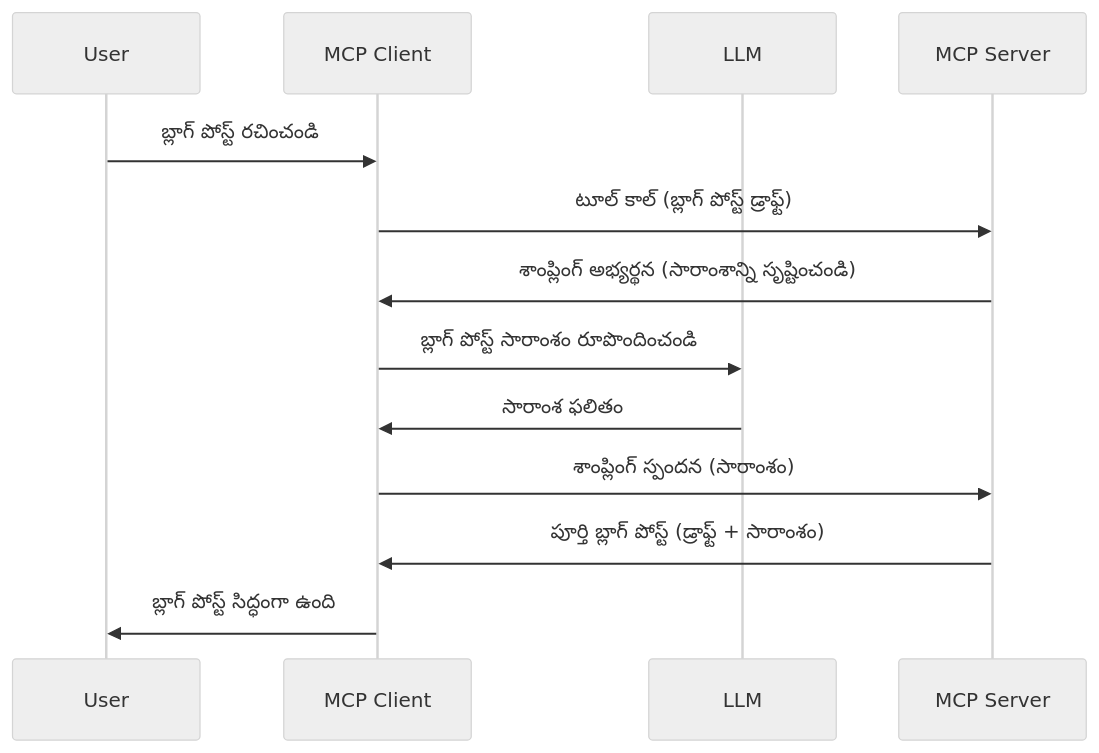
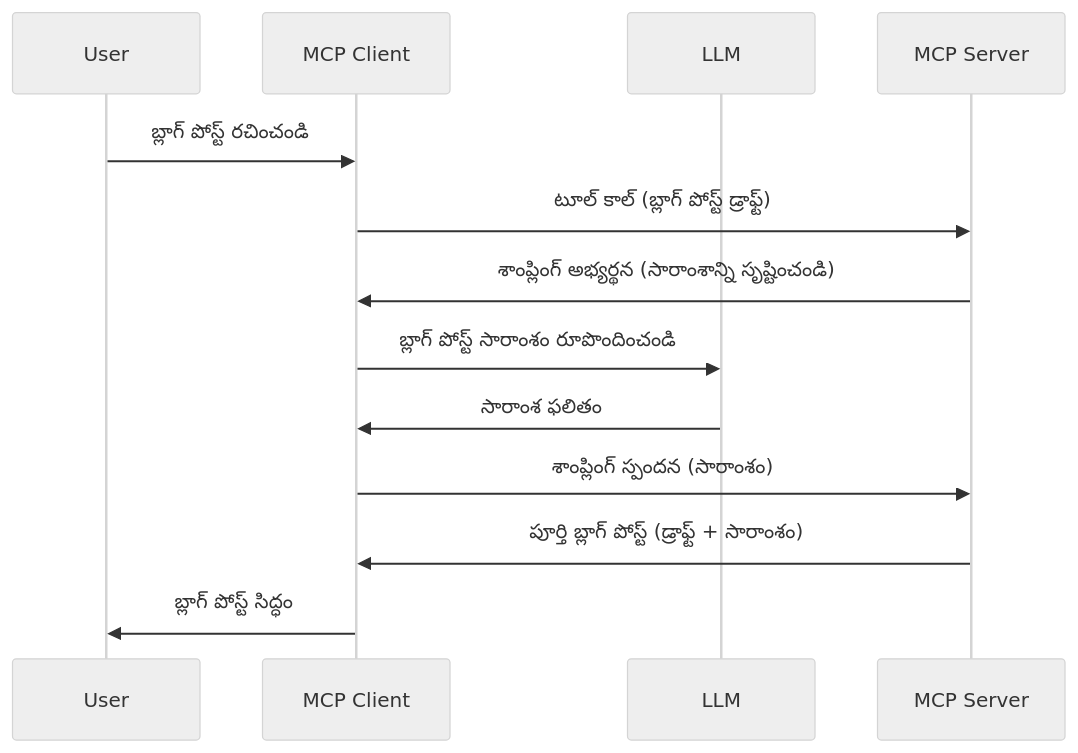
One commit to HIDORAKAI002/ai-workspace-archive changed the diagram in mcp_ecosystem__model_context_protocol/mcp_learning_resources/mcp-for-beginners/translations/te/03-GettingStarted/14-sampling/README.md. Above: the diagram before and after it, drawn with Mermaid (neutral theme). The commit also changed other lines of this file and 1160 other files, not shown here.

````diff
--- a/mcp_ecosystem__model_context_protocol/mcp_learning_resources/mcp-for-beginners/translations/te/03-GettingStarted/14-sampling/README.md
+++ b/mcp_ecosystem__model_context_protocol/mcp_learning_resources/mcp-for-beginners/translations/te/03-GettingStarted/14-sampling/README.md
@@ -23,16 +23,16 @@
 ```mermaid
 sequenceDiagram
     participant User
     participant MCP Client
     participant LLM
     participant MCP Server
 
     User->>MCP Client: బ్లాగ్ పోస్ట్ రచించండి
     MCP Client->>MCP Server: టూల్ కాల్ (బ్లాగ్ పోస్ట్ డ్రాఫ్ట్)
     MCP Server->>MCP Client: శాంప్లింగ్ అభ్యర్థన (సారాంశాన్ని సృష్టించండి)
     MCP Client->>LLM: బ్లాగ్ పోస్ట్ సారాంశం రూపొందించండి
     LLM->>MCP Client: సారాంశ ఫలితం
     MCP Client->>MCP Server: శాంప్లింగ్ స్పందన (సారాంశం)
     MCP Server->>MCP Client: పూర్తి బ్లాగ్ పోస్ట్ (డ్రాఫ్ట్ + సారాంశం)
-    MCP Client->>User: బ్లాగ్ పోస్ట్ సిద్ధంగా ఉంది
+    MCP Client->>User: బ్లాగ్ పోస్ట్ సిద్ధం
 ```
````
